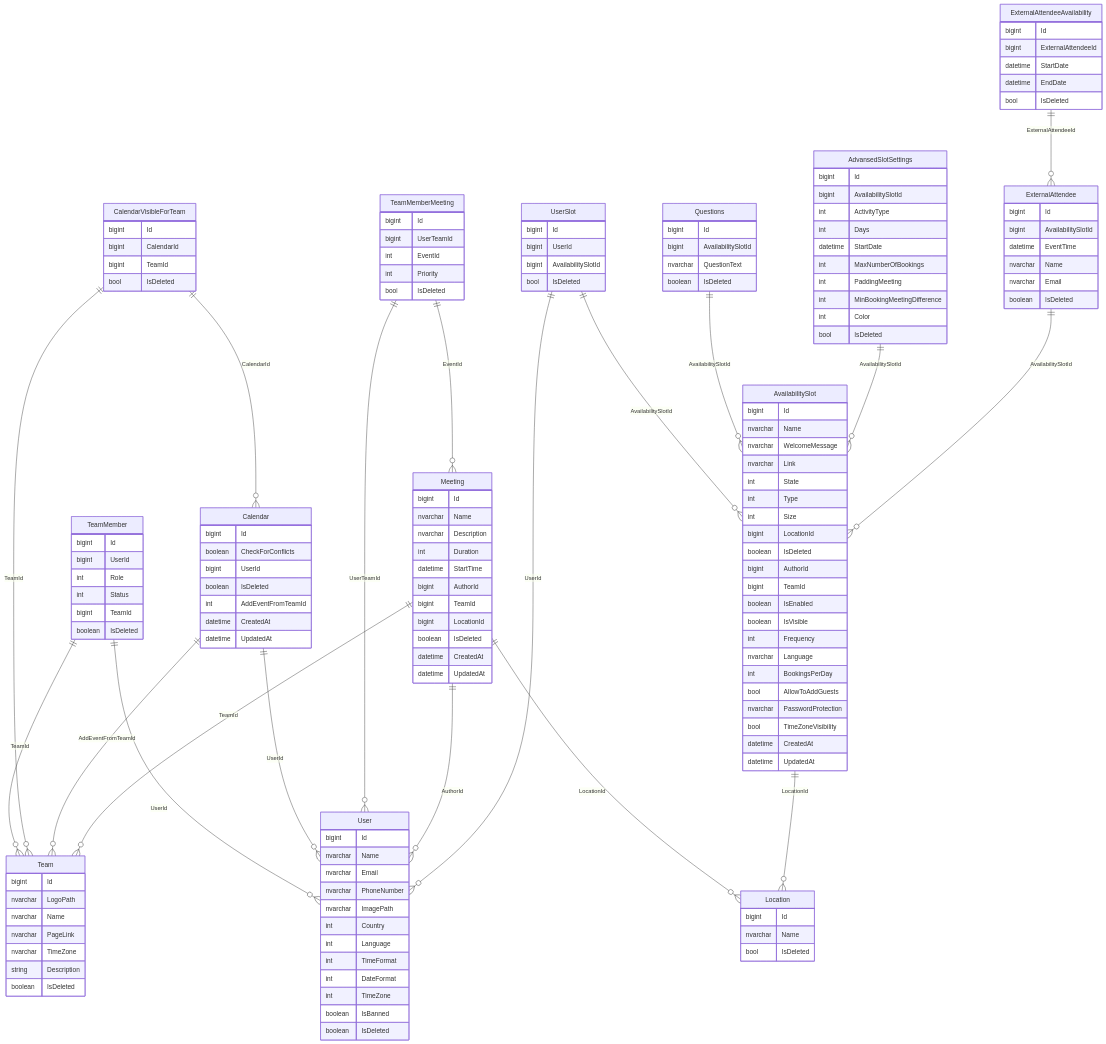
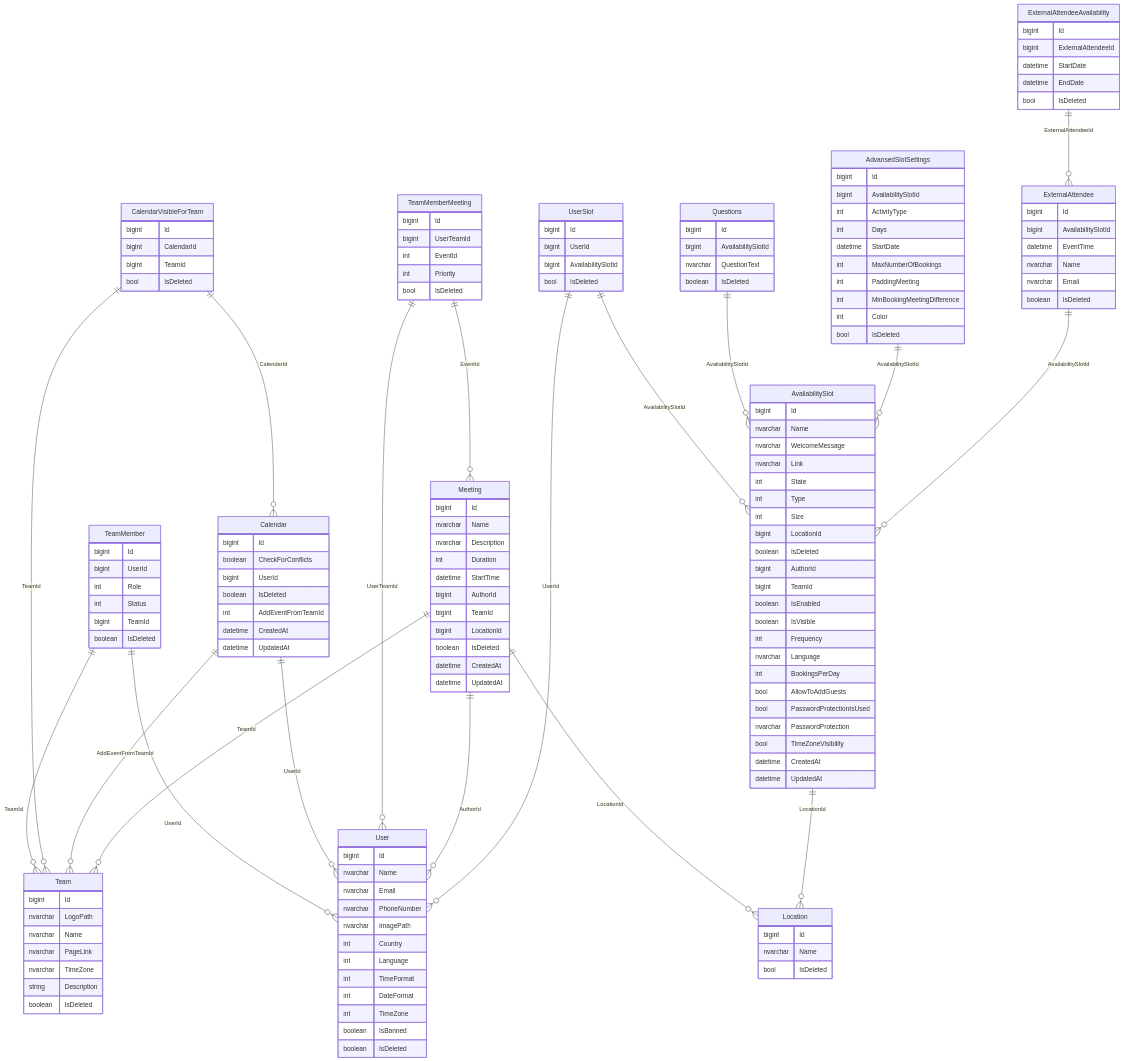
The diagram in README.md (BinaryStudioAcademy/bsa-2022-easymeets), drawn with Mermaid before and after one commit.

Commit message:
Update readme db scheme

```diff
--- a/README.md
+++ b/README.md
@@ -156,6 +156,7 @@
     nvarchar Language
     int BookingsPerDay
     bool AllowToAddGuests
+    bool PasswordProtectionIsUsed
     nvarchar PasswordProtection
     bool TimeZoneVisibility
     datetime CreatedAt
```
